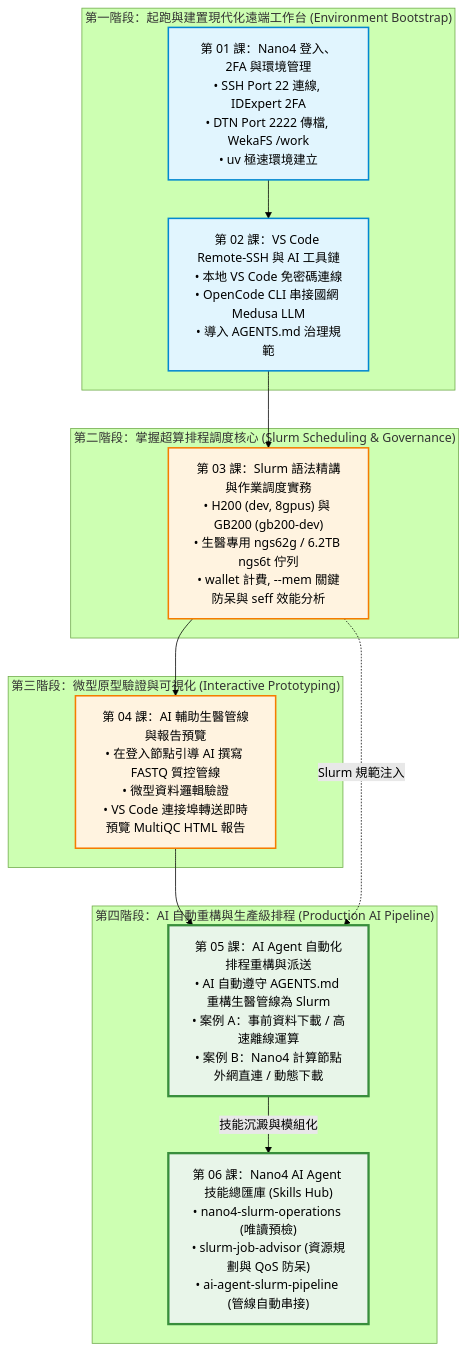
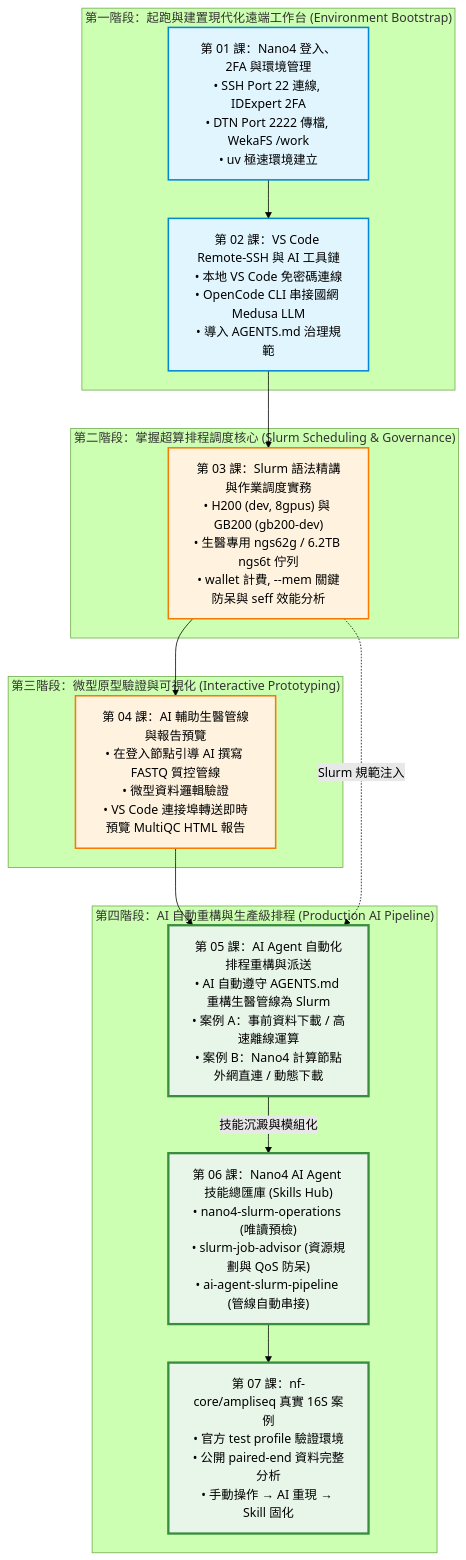
The diagram in docs/guide/00_course_syllabus.md (gemini960114/Nano4-Docs), drawn with Mermaid (forest theme) before and after one commit. The commit also changed other lines of this file and 24 other files, not shown here.

Commit message:
feat(docs): add nf-core amplicon capstone and course setup

````diff
--- a/docs/guide/00_course_syllabus.md
+++ b/docs/guide/00_course_syllabus.md
@@ -33,34 +34,36 @@
 ```mermaid
 flowchart TD
     subgraph S1["第一階段：起跑與建置現代化遠端工作台 (Environment Bootstrap)"]
         C1["第 01 課：Nano4 登入、2FA 與環境管理<br>• SSH Port 22 連線, IDExpert 2FA<br>• DTN Port 2222 傳檔, WekaFS /work<br>• uv 極速環境建立"]
         C2["第 02 課：VS Code Remote-SSH 與 AI 工具鏈<br>• 本地 VS Code 免密碼連線<br>• OpenCode CLI 串接國網 Medusa LLM<br>• 導入 AGENTS.md 治理規範"]
         C1 --> C2
     end
 
     subgraph S2["第二階段：掌握超算排程調度核心 (Slurm Scheduling & Governance)"]
         C3["第 03 課：Slurm 語法精講與作業調度實務<br>• H200 (dev, 8gpus) 與 GB200 (gb200-dev)<br>• 生醫專用 ngs62g / 6.2TB ngs6t 佇列<br>• wallet 計費, --mem 關鍵防呆與 seff 效能分析"]
         C2 --> C3
     end
 
     subgraph S3["第三階段：微型原型驗證與可視化 (Interactive Prototyping)"]
         C4["第 04 課：AI 輔助生醫管線與報告預覽<br>• 在登入節點引導 AI 撰寫 FASTQ 質控管線<br>• 微型資料邏輯驗證<br>• VS Code 連接埠轉送即時預覽 MultiQC HTML 報告"]
         C3 --> C4
     end
 
     subgraph S4["第四階段：AI 自動重構與生產級排程 (Production AI Pipeline)"]
         C5["第 05 課：AI Agent 自動化排程重構與派送<br>• AI 自動遵守 AGENTS.md 重構生醫管線為 Slurm<br>• 案例 A：事前資料下載 / 高速離線運算<br>• 案例 B：Nano4 計算節點外網直連 / 動態下載"]
         C6["第 06 課：Nano4 AI Agent 技能總匯庫 (Skills Hub)<br>• nano4-slurm-operations (唯讀預檢)<br>• slurm-job-advisor (資源規劃與 QoS 防呆)<br>• ai-agent-slurm-pipeline (管線自動串接)"]
         C4 --> C5
+        C7["第 07 課：nf-core/ampliseq 真實 16S 案例<br>• 官方 test profile 驗證環境<br>• 公開 paired-end 資料完整分析<br>• 手動操作 → AI 重現 → Skill 固化"]
+        C6 --> C7
         C3 -.->|Slurm 規範注入| C5
         C5 -->|技能沉澱與模組化| C6
     end
 
     classDef primary fill:#e1f5fe,stroke:#0288d1,stroke-width:2px;
     classDef highlight fill:#fff3e0,stroke:#f57c00,stroke-width:2px;
     classDef capstone fill:#e8f5e9,stroke:#388e3c,stroke-width:3px;
 
     class C1,C2 primary;
     class C3,C4 highlight;
-    class C5,C6 capstone;
+    class C5,C6,C7 capstone;
 ```
````
